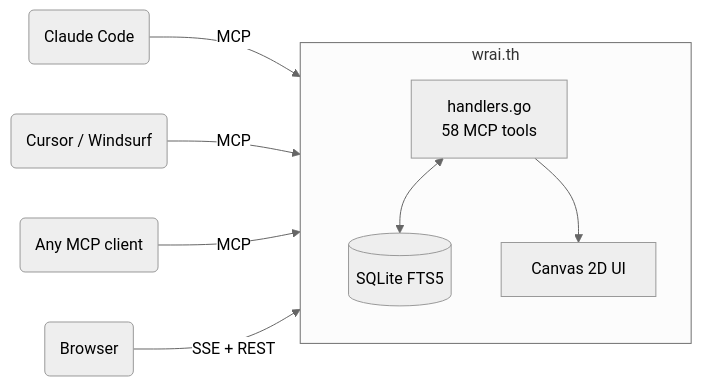
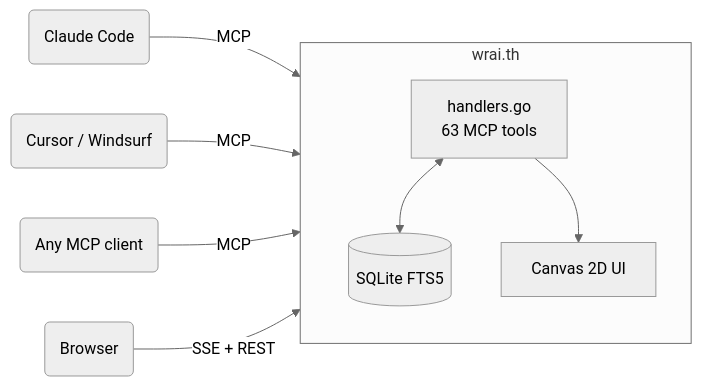
Before and after one commit to CLAREO-SYSTEMS/WRAI.TH: the diagram in README.md, drawn with Mermaid (neutral theme). The commit also changed other lines of this file, not shown here.

````diff
--- a/README.md
+++ b/README.md
@@ -959,15 +1042,15 @@
 ```mermaid
 flowchart LR
     A1(Claude Code) -->|MCP| R
     A2(Cursor / Windsurf) -->|MCP| R
     A3(Any MCP client) -->|MCP| R
     B(Browser) -->|SSE + REST| R
 
     subgraph R[wrai.th]
-        H[handlers.go<br>58 MCP tools]
+        H[handlers.go<br>63 MCP tools]
         DB[(SQLite FTS5)]
         UI[Canvas 2D UI]
         H <--> DB
         H --> UI
     end
 ```
````
